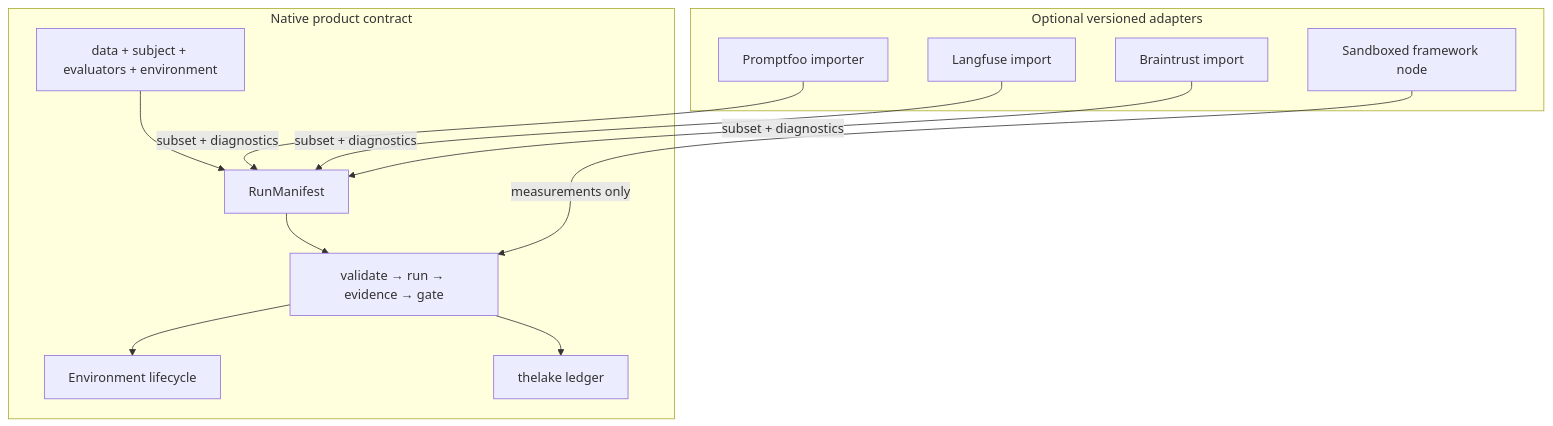
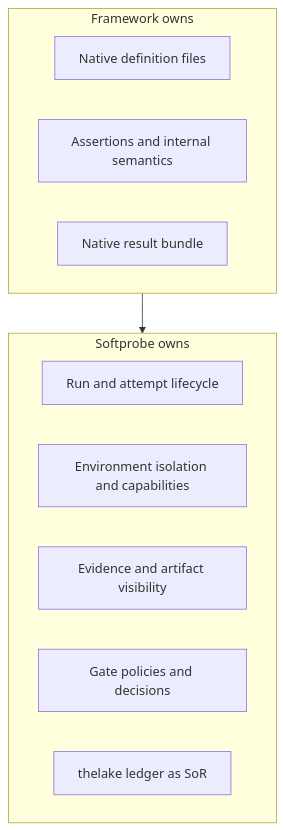
One commit to softprobe/document-website changed the first of 3 diagrams in en/evaluation/concepts/native-model-and-adapters.md. Above: the diagram before and after it, drawn with Mermaid. The commit also changed other lines of this file and 3 other files, not shown here.

````diff
--- a/en/evaluation/concepts/native-model-and-adapters.md
+++ b/en/evaluation/concepts/native-model-and-adapters.md
@@ -11,21 +11,16 @@
 ```mermaid
 flowchart TB
-  subgraph native [Native product contract]
-    API[data + subject + evaluators + environment]
-    RM[RunManifest]
-    WF[validate → run → evidence → gate]
-    Env[Environment lifecycle]
-    Lake[thelake ledger]
-    API --> RM --> WF
-    WF --> Env
-    WF --> Lake
+  subgraph fw [Framework owns]
+    Def[Native definition files]
+    Sem[Assertions and internal semantics]
+    Res[Native result bundle]
   end
-  subgraph adapters [Optional versioned adapters]
-    PF[Promptfoo importer]
-    LF[Langfuse import]
-    BT[Braintrust import]
-    Node[Sandboxed framework node]
+  subgraph sp [Softprobe owns]
+    Life[Run and attempt lifecycle]
+    Env[Environment isolation and capabilities]
+    Ev[Evidence and artifact visibility]
+    Gate[Gate policies and decisions]
+    SoR[thelake ledger as SoR]
   end
-  PF & LF & BT -->|subset + diagnostics| RM
-    Node -->|measurements only| WF
+  fw --> sp
 ```
````
